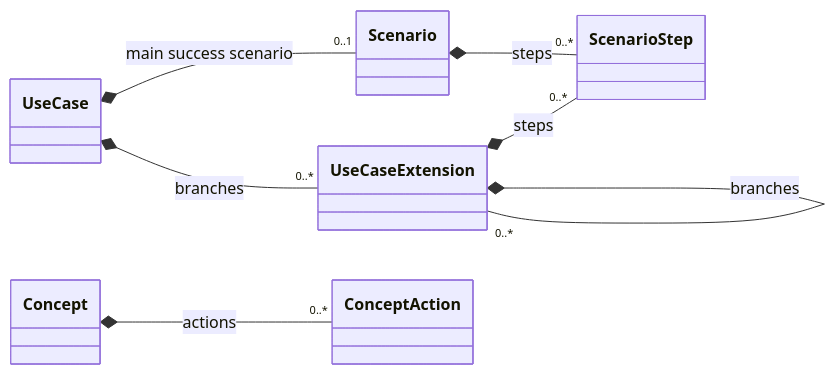
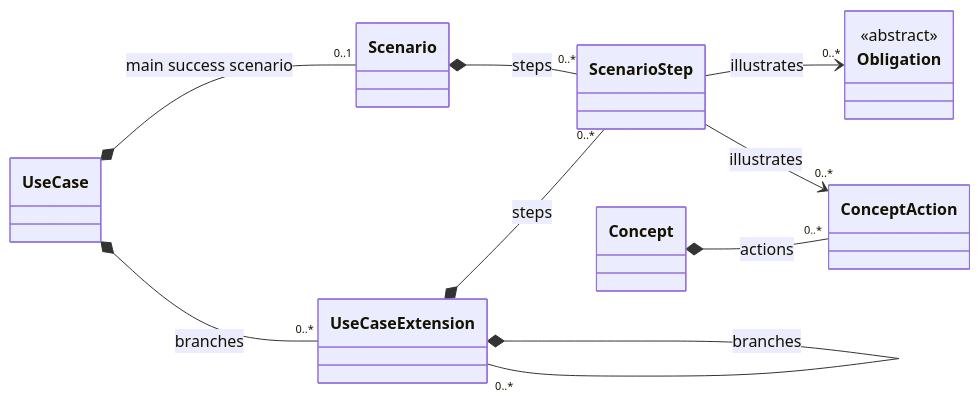
The sixth of 14 diagrams in docs/reference/model/core.md (craigsmitham/dotspec), drawn with Mermaid before and after one commit. The commit also changed other lines of this file and 50 other files, not shown here.

````diff
--- a/docs/reference/model/core.md
+++ b/docs/reference/model/core.md
@@ -143,16 +147,20 @@
 ```mermaid
 classDiagram
     direction LR
     class UseCase
     class Scenario
     class ScenarioStep
     class UseCaseExtension
     class Concept
     class ConceptAction
+    class Obligation
+    <<abstract>> Obligation
     UseCase *-- "0..1" Scenario : main success scenario
     UseCase *-- "0..*" UseCaseExtension : branches
     Scenario *-- "0..*" ScenarioStep : steps
     UseCaseExtension *-- "0..*" ScenarioStep : steps
     UseCaseExtension *-- "0..*" UseCaseExtension : branches
     Concept *-- "0..*" ConceptAction : actions
+    ScenarioStep --> "0..*" Obligation : illustrates
+    ScenarioStep --> "0..*" ConceptAction : illustrates
 ```
````
